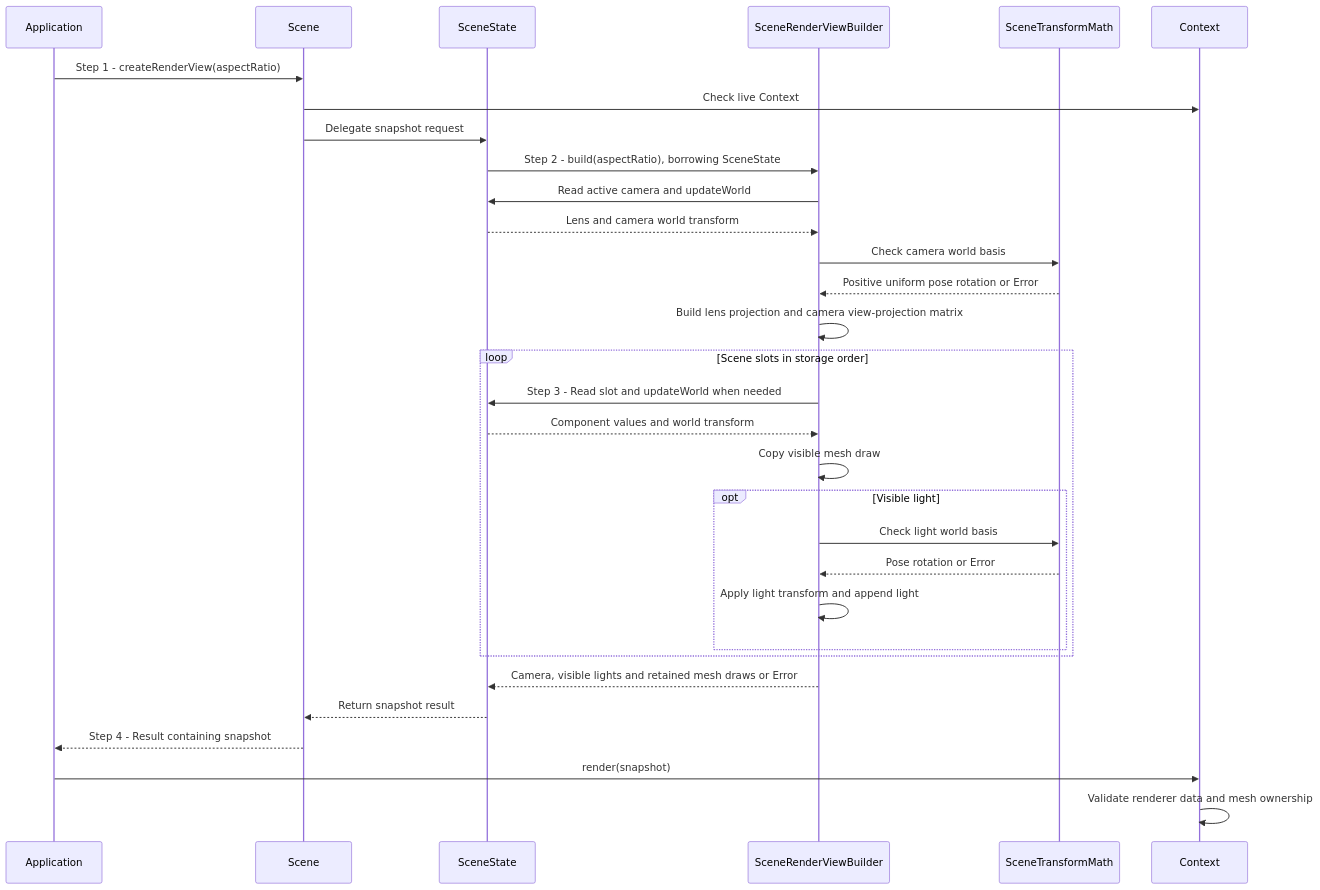
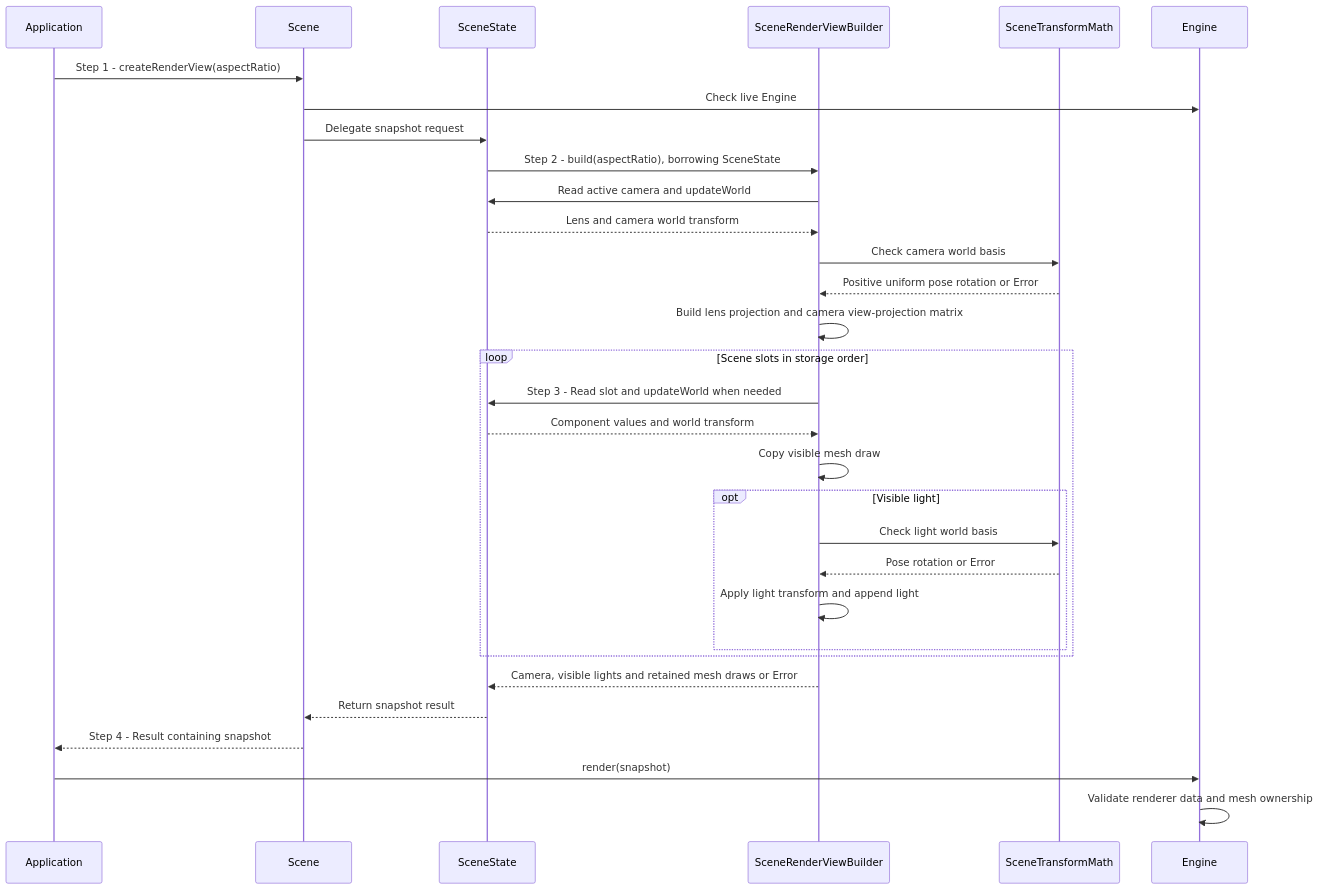
Before and after one commit to a-soltysik/Panda: the diagram in docs/use-cases/render-scene-transforms.md, drawn with Mermaid. The commit also changed other lines of this file and 158 other files, not shown here.

Commit message:
Refactor Vulkan Context API to Engine (#120)

````diff
--- a/docs/use-cases/render-scene-transforms.md
+++ b/docs/use-cases/render-scene-transforms.md
@@ -47,33 +47,33 @@
 ```mermaid
 sequenceDiagram
     participant A as Application
     participant S as Scene
     participant D as SceneState
     participant B as SceneRenderViewBuilder
     participant M as SceneTransformMath
-    participant C as Context
+    participant C as Engine
     A->>S: Step 1 - createRenderView(aspectRatio)
-    S->>C: Check live Context
+    S->>C: Check live Engine
     S->>D: Delegate snapshot request
     D->>B: Step 2 - build(aspectRatio), borrowing SceneState
     B->>D: Read active camera and updateWorld
     D-->>B: Lens and camera world transform
     B->>M: Check camera world basis
     M-->>B: Positive uniform pose rotation or Error
     B->>B: Build lens projection and camera view-projection matrix
     loop Scene slots in storage order
         B->>D: Step 3 - Read slot and updateWorld when needed
         D-->>B: Component values and world transform
         B->>B: Copy visible mesh draw
         opt Visible light
             B->>M: Check light world basis
             M-->>B: Pose rotation or Error
             B->>B: Apply light transform and append light
         end
     end
     B-->>D: Camera, visible lights and retained mesh draws or Error
     D-->>S: Return snapshot result
     S-->>A: Step 4 - Result containing snapshot
     A->>C: render(snapshot)
     C->>C: Validate renderer data and mesh ownership
 ```
````
